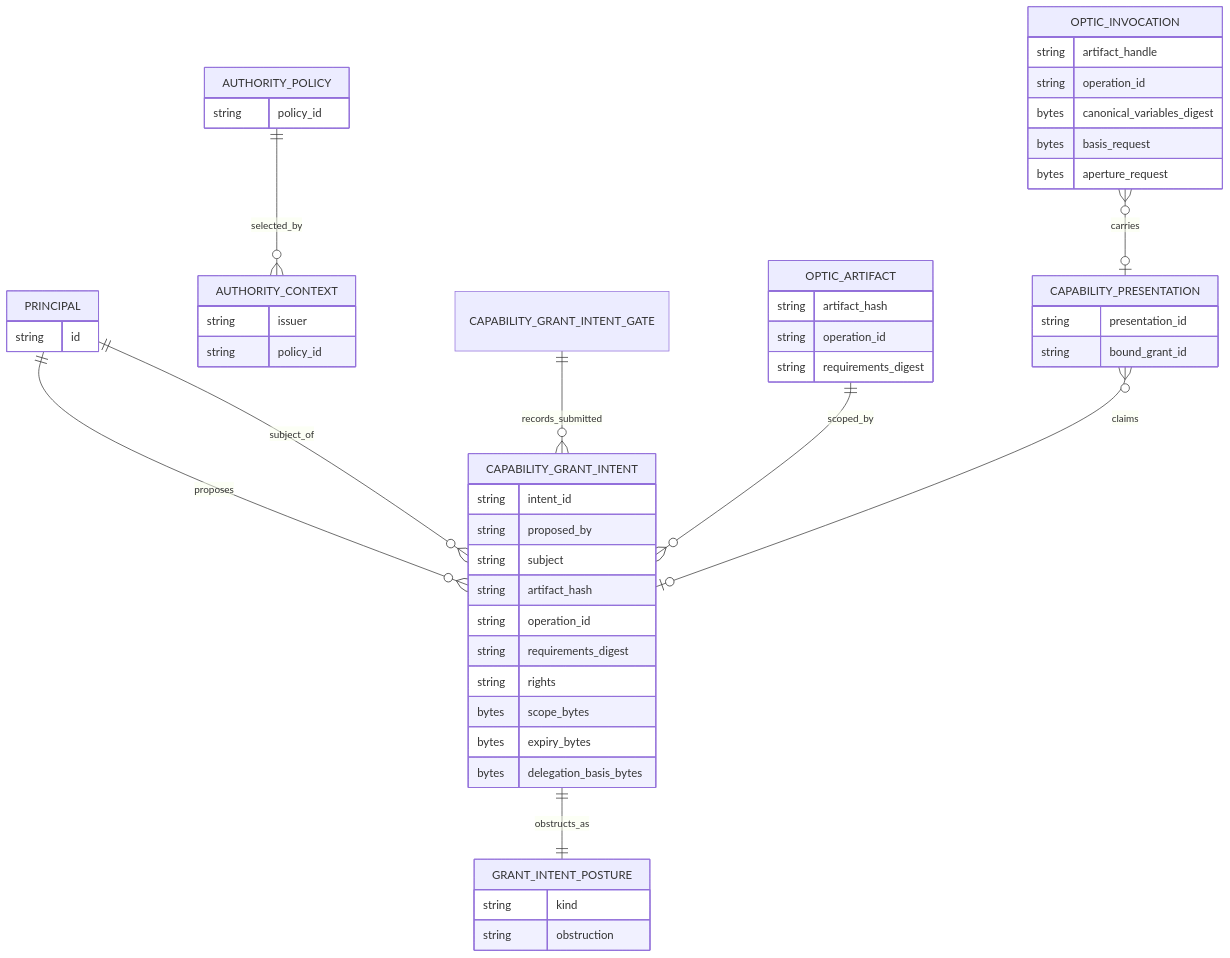
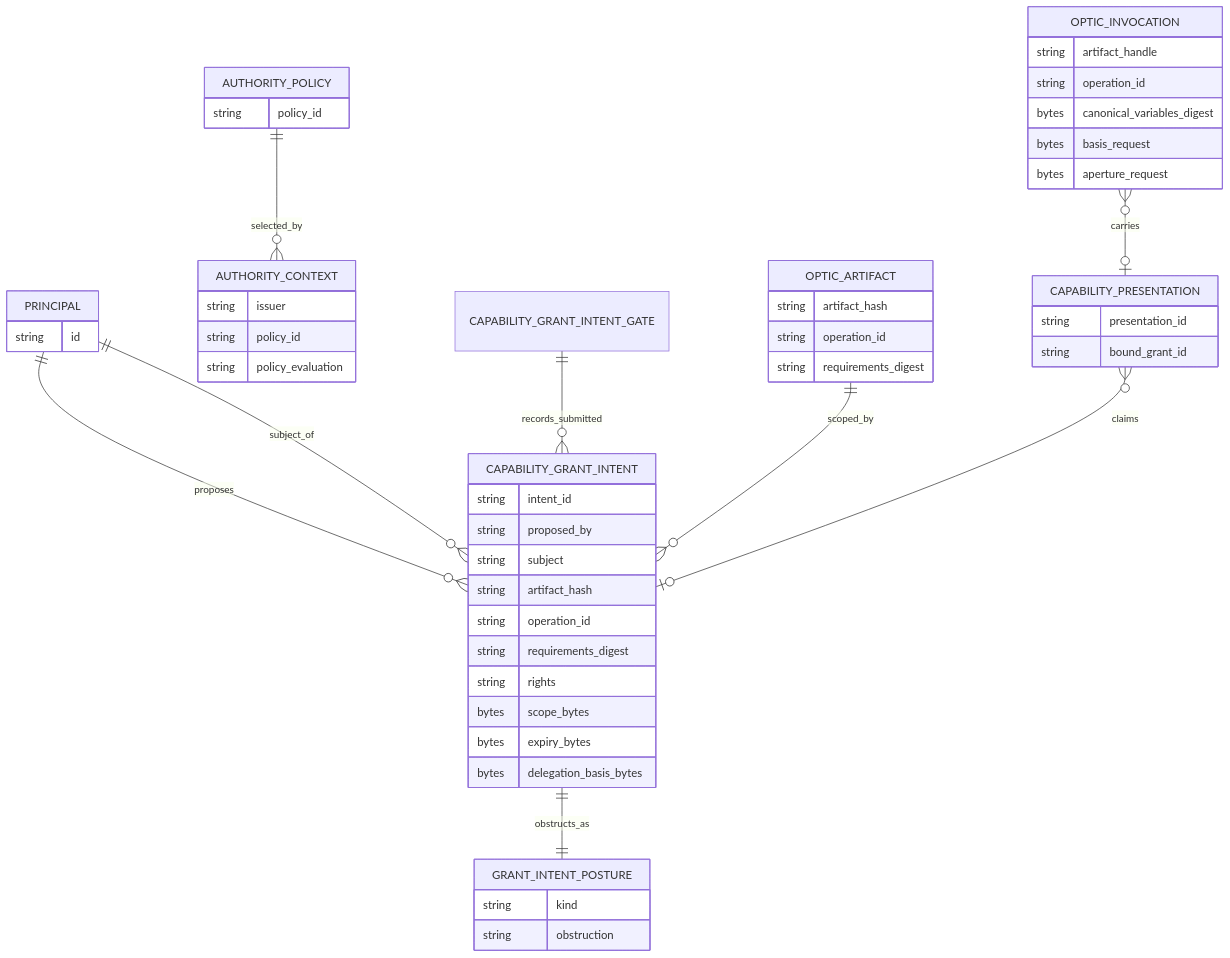
One commit to flyingrobots/echo changed the fifth of 5 diagrams in docs/design/optic-capability-grant-intent-boundary.md. Above: the diagram before and after it, drawn with Mermaid. The commit also changed other lines of this file, not shown here.

Commit message:
docs(core): align authority policy obstruction docs

````diff
--- a/docs/design/optic-capability-grant-intent-boundary.md
+++ b/docs/design/optic-capability-grant-intent-boundary.md
@@ -231,61 +231,62 @@
 ```mermaid
 erDiagram
   PRINCIPAL ||--o{ CAPABILITY_GRANT_INTENT : proposes
   PRINCIPAL ||--o{ CAPABILITY_GRANT_INTENT : subject_of
   AUTHORITY_POLICY ||--o{ AUTHORITY_CONTEXT : selected_by
   CAPABILITY_GRANT_INTENT_GATE ||--o{ CAPABILITY_GRANT_INTENT : records_submitted
   OPTIC_ARTIFACT ||--o{ CAPABILITY_GRANT_INTENT : scoped_by
   CAPABILITY_GRANT_INTENT ||--|| GRANT_INTENT_POSTURE : obstructs_as
   CAPABILITY_PRESENTATION }o--o| CAPABILITY_GRANT_INTENT : claims
   OPTIC_INVOCATION }o--o| CAPABILITY_PRESENTATION : carries
 
   PRINCIPAL {
     string id
   }
 
   AUTHORITY_POLICY {
     string policy_id
   }
 
   AUTHORITY_CONTEXT {
     string issuer
     string policy_id
+    string policy_evaluation
   }
 
   OPTIC_ARTIFACT {
     string artifact_hash
     string operation_id
     string requirements_digest
   }
 
   CAPABILITY_GRANT_INTENT {
     string intent_id
     string proposed_by
     string subject
     string artifact_hash
     string operation_id
     string requirements_digest
     string rights
     bytes scope_bytes
     bytes expiry_bytes
     bytes delegation_basis_bytes
   }
 
   CAPABILITY_PRESENTATION {
     string presentation_id
     string bound_grant_id
   }
 
   OPTIC_INVOCATION {
     string artifact_handle
     string operation_id
     bytes canonical_variables_digest
     bytes basis_request
     bytes aperture_request
   }
 
   GRANT_INTENT_POSTURE {
     string kind
     string obstruction
   }
 ```
````
